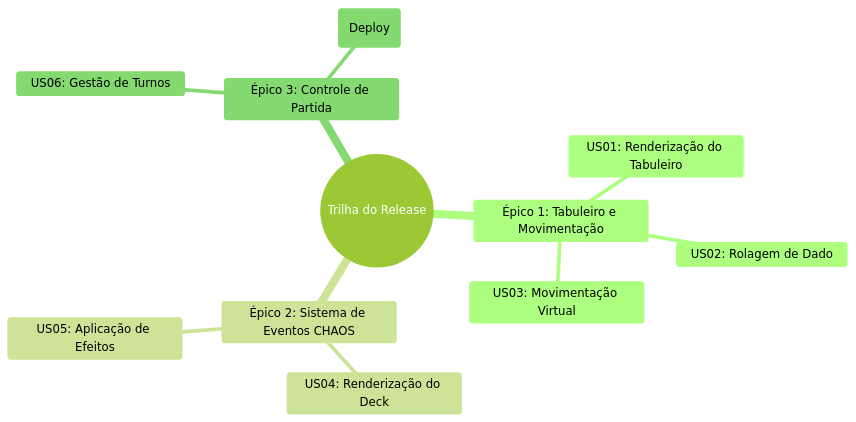
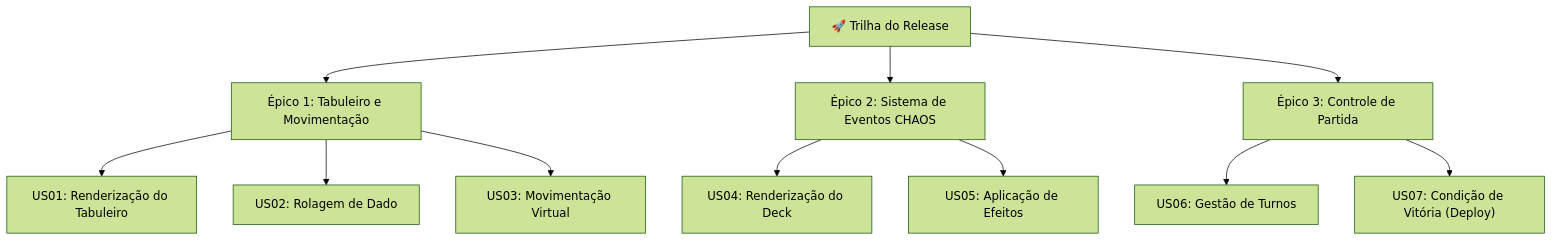
Before and after one commit to gustavofariaa/MBA20-12: the diagram in README.md, drawn with Mermaid (forest theme).

Commit message:
docs: update Mermaid diagram format to graph TD for perfect GitHub rendering

````diff
--- a/README.md
+++ b/README.md
@@ -34,14 +34,18 @@
 ```mermaid
-mindmap
-  root((Trilha do Release))
-    Épico 1: Tabuleiro e Movimentação
-      US01: Renderização do Tabuleiro
-      US02: Rolagem de Dado
-      US03: Movimentação Virtual
-    Épico 2: Sistema de Eventos CHAOS
-      US04: Renderização do Deck
-      US05: Aplicação de Efeitos
-    Épico 3: Controle de Partida
-      US06: Gestão de Turnos
-      US07: Condição de Vitória (Deploy)
+graph TD
+    Root["🚀 Trilha do Release"]
+
+    Root --> E1["Épico 1: Tabuleiro e Movimentação"]
+    Root --> E2["Épico 2: Sistema de Eventos CHAOS"]
+    Root --> E3["Épico 3: Controle de Partida"]
+
+    E1 --> US01["US01: Renderização do Tabuleiro"]
+    E1 --> US02["US02: Rolagem de Dado"]
+    E1 --> US03["US03: Movimentação Virtual"]
+
+    E2 --> US04["US04: Renderização do Deck"]
+    E2 --> US05["US05: Aplicação de Efeitos"]
+
+    E3 --> US06["US06: Gestão de Turnos"]
+    E3 --> US07["US07: Condição de Vitória (Deploy)"]
 ```
````
